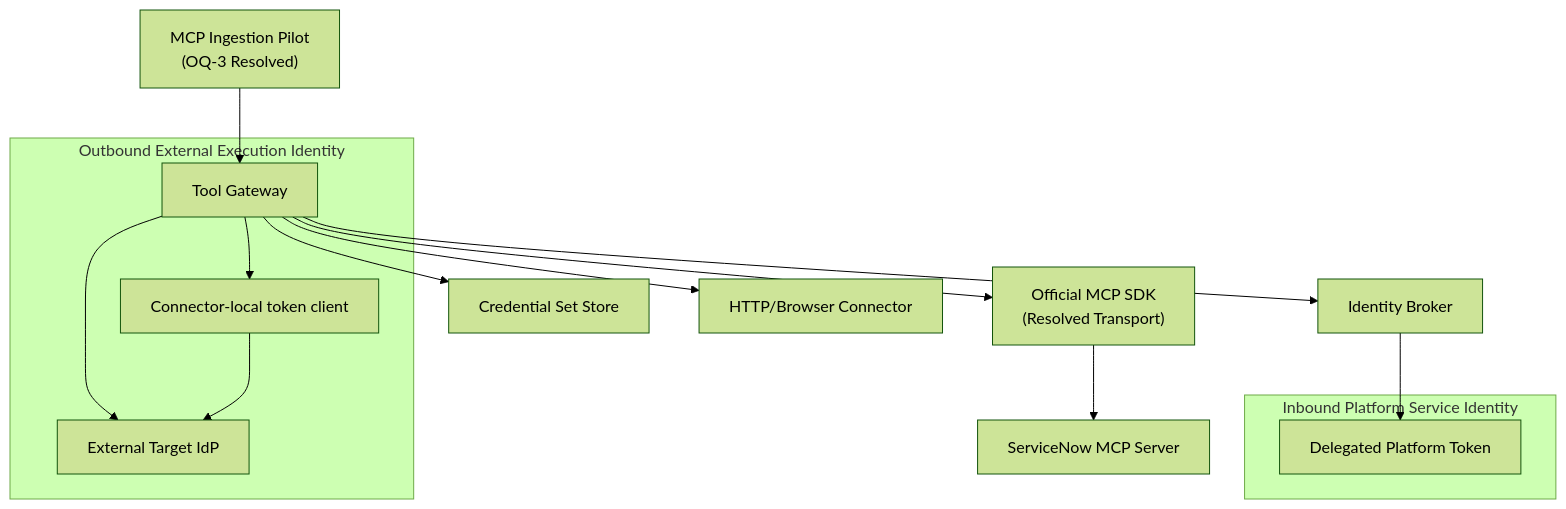
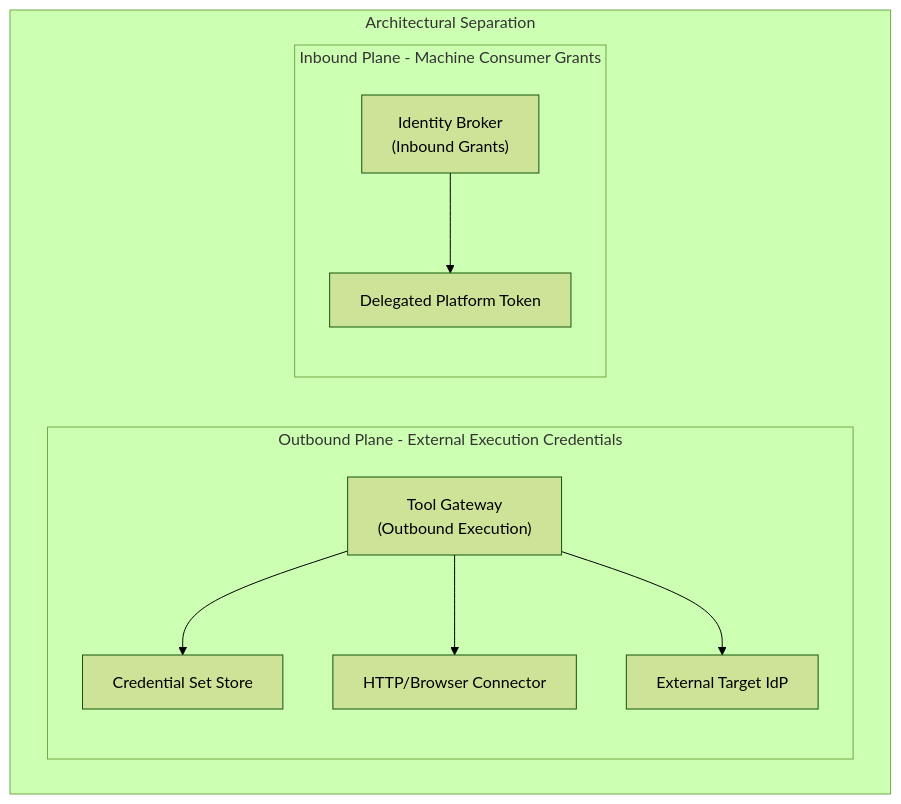
Before and after one commit to alainlei/luban-aiops: the ninth of 10 diagrams in .qoder/repowiki/en/content/Operator Portal/Workspace Management/Machine Consumer Credential Model Spike.md, drawn with Mermaid (forest theme). The commit also changed other lines of this file and 146 other files, not shown here.

````diff
--- a/.qoder/repowiki/en/content/Operator Portal/Workspace Management/Machine Consumer Credential Model Spike.md
+++ b/.qoder/repowiki/en/content/Operator Portal/Workspace Management/Machine Consumer Credential Model Spike.md
@@ -280,19 +293,19 @@
 ```mermaid
 graph TB
-MCP["MCP Ingestion Pilot<br/>(OQ-3 Resolved)"] --> TG["Tool Gateway"]
-TG --> CS["Credential Set Store"]
+TG["Tool Gateway<br/>(Outbound Execution)"] --> CS["Credential Set Store"]
 TG --> HC["HTTP/Browser Connector"]
-TG --> MCPSDK["Official MCP SDK<br/>(Resolved Transport)"]
-MCPSDK --> SNOW["ServiceNow MCP Server"]
 TG --> ExtIdp["External Target IdP"]
-TG --> IB["Identity Broker"]
-IB --> Delegate["Delegated Platform Token"]
-subgraph "Outbound External Execution Identity"
-MCS["Connector-local token client"]
-TG --> MCS
-MCS --> ExtIdp
+IB["Identity Broker<br/>(Inbound Grants)"] --> Delegate["Delegated Platform Token"]
+subgraph "Architectural Separation"
+subgraph "Outbound Plane - External Execution Credentials"
+TG
+CS
+HC
+ExtIdp
 end
-subgraph "Inbound Platform Service Identity"
+subgraph "Inbound Plane - Machine Consumer Grants"
+IB
 Delegate
 end
+end
 ```
````
